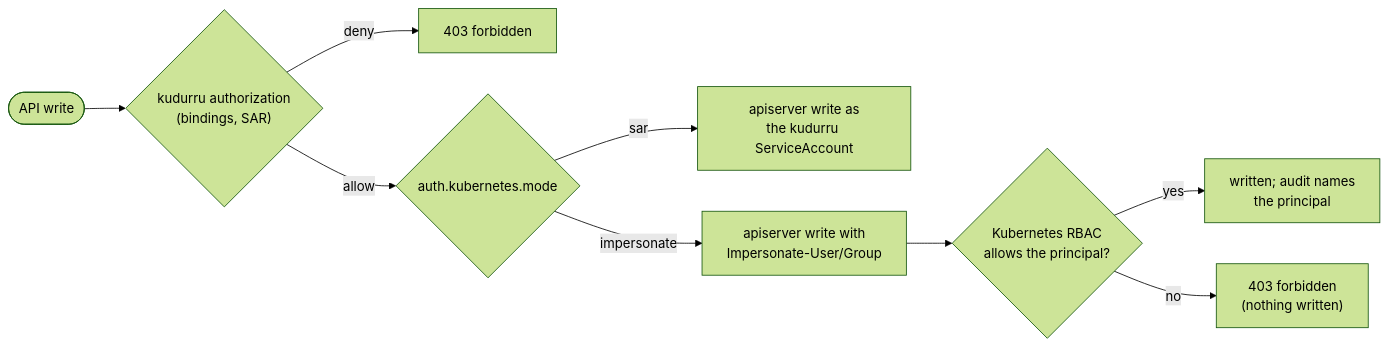
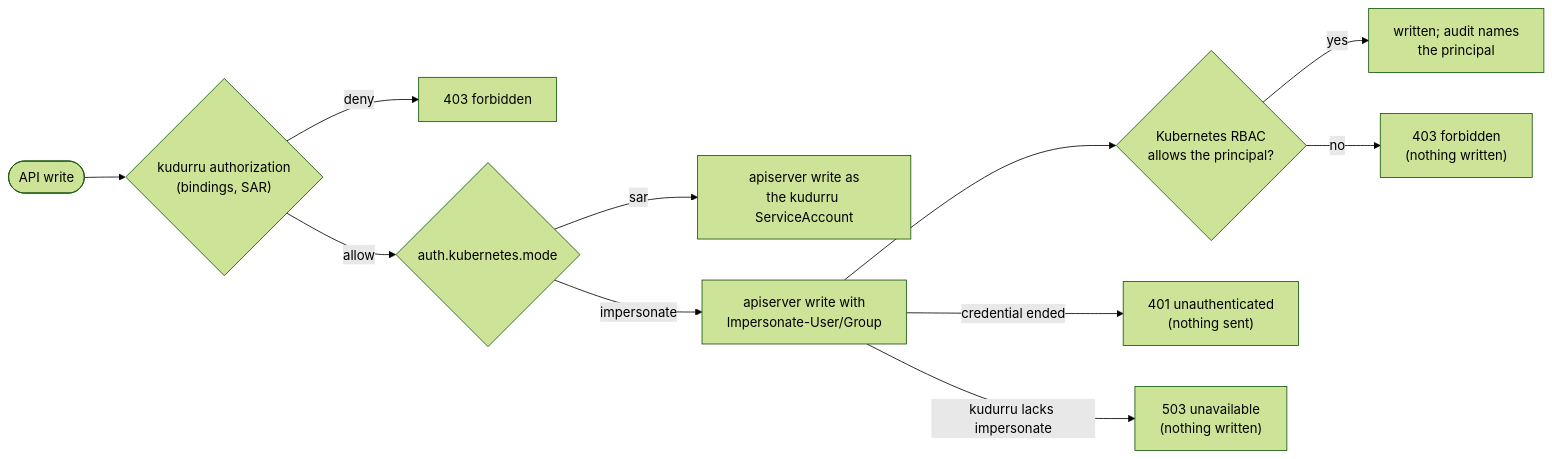
Diagram 18 of 20 in docs/architecture/access.md (robertherbaugh/kudurru), drawn with Mermaid (forest theme) before and after one commit. The commit also changed other lines of this file and 13 other files, not shown here.

````diff
--- a/docs/architecture/access.md
+++ b/docs/architecture/access.md
@@ -1217,11 +1219,13 @@
 ```mermaid
 flowchart LR
     REQ(["API write"]) --> AZ{"kudurru authorization<br/>(bindings, SAR)"}
     AZ -- "deny" --> F1["403 forbidden"]
     AZ -- "allow" --> MODE{"auth.kubernetes.mode"}
     MODE -- "sar" --> SA["apiserver write as<br/>the kudurru ServiceAccount"]
     MODE -- "impersonate" --> IMP["apiserver write with<br/>Impersonate-User/Group"]
     IMP --> K8S{"Kubernetes RBAC<br/>allows the principal?"}
     K8S -- "yes" --> OK["written; audit names<br/>the principal"]
     K8S -- "no" --> F2["403 forbidden<br/>(nothing written)"]
+    IMP -- "credential ended" --> F3["401 unauthenticated<br/>(nothing sent)"]
+    IMP -- "kudurru lacks impersonate" --> F4["503 unavailable<br/>(nothing written)"]
 ```
````
